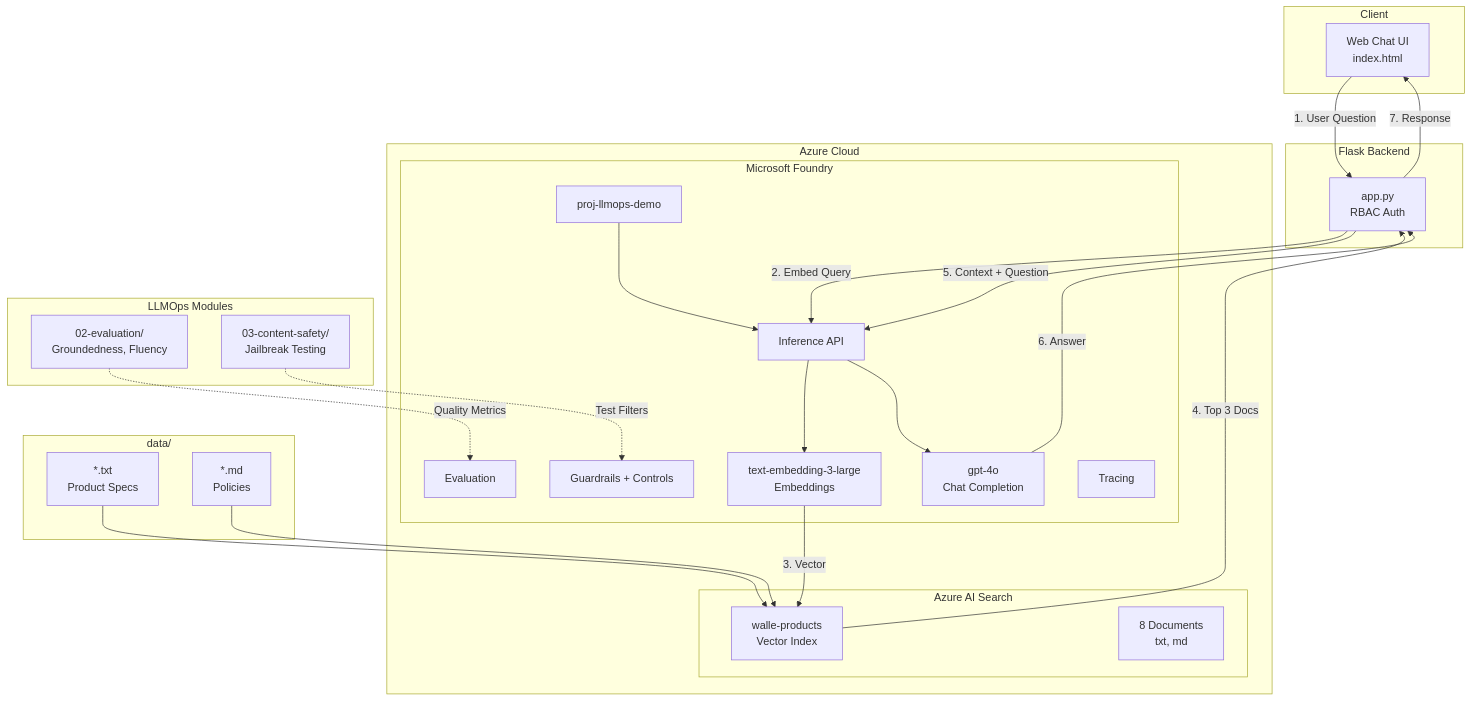
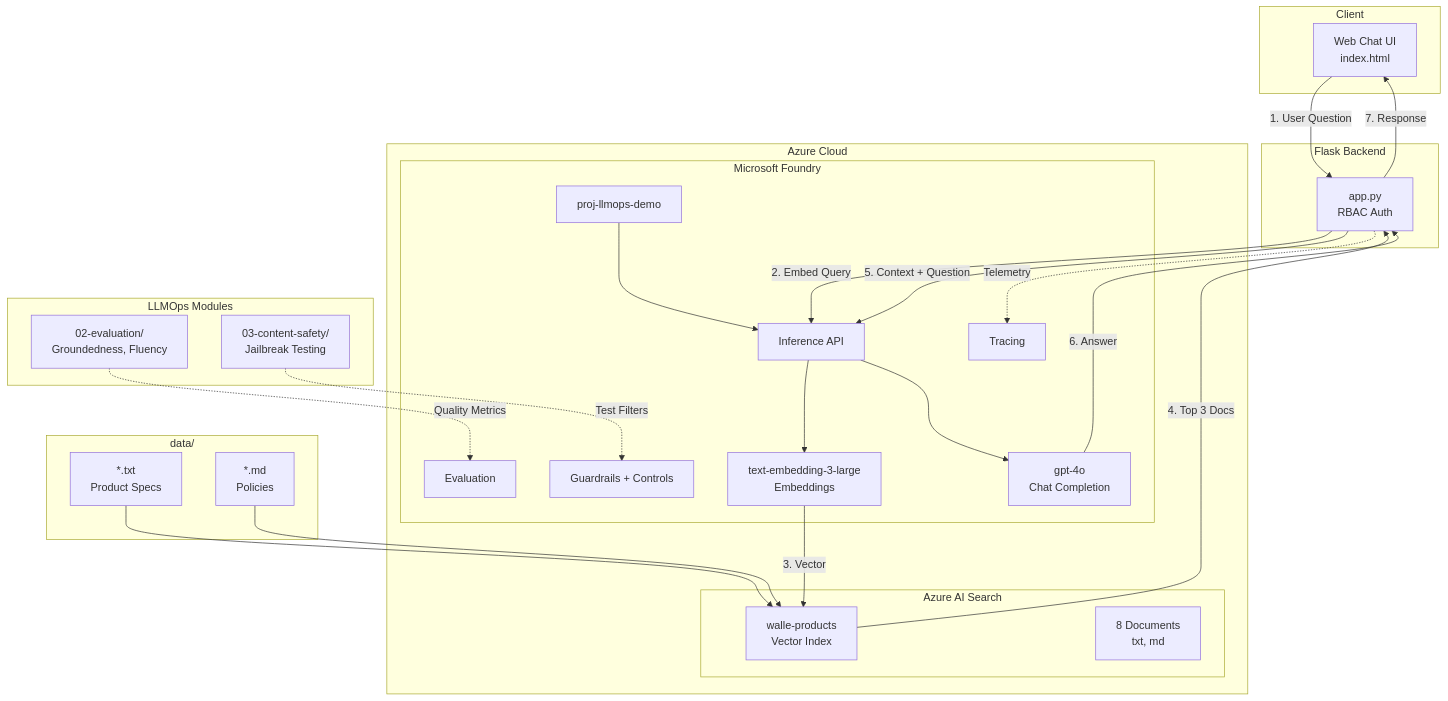
One commit to ritwickmicrosoft/llmops-workshop-demo-foundry changed the first of 3 diagrams in README.md. Above: the diagram before and after it, drawn with Mermaid.

Commit message:
Connect Tracing node in architecture diagram

````diff
--- a/README.md
+++ b/README.md
@@ -12,54 +12,55 @@
 ```mermaid
 flowchart TB
     subgraph Client["Client"]
         UI["Web Chat UI<br/>index.html"]
     end
 
     subgraph Backend["Flask Backend"]
         APP["app.py<br/>RBAC Auth"]
     end
 
     subgraph Azure["Azure Cloud"]
         subgraph Foundry["Microsoft Foundry"]
             PROJECT["proj-llmops-demo"]
             INFERENCE["Inference API"]
             GPT["gpt-4o<br/>Chat Completion"]
             EMB["text-embedding-3-large<br/>Embeddings"]
             SAFETY["Guardrails + Controls"]
             EVAL["Evaluation"]
             TRACE["Tracing"]
         end
         
         subgraph Search["Azure AI Search"]
             INDEX["walle-products<br/>Vector Index"]
             DOCS["8 Documents<br/>txt, md"]
         end
     end
 
     subgraph LLMOps["LLMOps Modules"]
         EVALMOD["02-evaluation/<br/>Groundedness, Fluency"]
         SAFETYMOD["03-content-safety/<br/>Jailbreak Testing"]
     end
 
     subgraph DataFolder["data/"]
         TXT["*.txt<br/>Product Specs"]
         MD["*.md<br/>Policies"]
     end
 
     UI -->|"1. User Question"| APP
     APP -->|"2. Embed Query"| INFERENCE
     INFERENCE --> EMB
     EMB -->|"3. Vector"| INDEX
     INDEX -->|"4. Top 3 Docs"| APP
     APP -->|"5. Context + Question"| INFERENCE
     INFERENCE --> GPT
     GPT -->|"6. Answer"| APP
     APP -->|"7. Response"| UI
     
     TXT --> INDEX
     MD --> INDEX
     
     PROJECT --> INFERENCE
+    APP -.->|"Telemetry"| TRACE
     EVALMOD -.->|"Quality Metrics"| EVAL
     SAFETYMOD -.->|"Test Filters"| SAFETY
 ```
````
